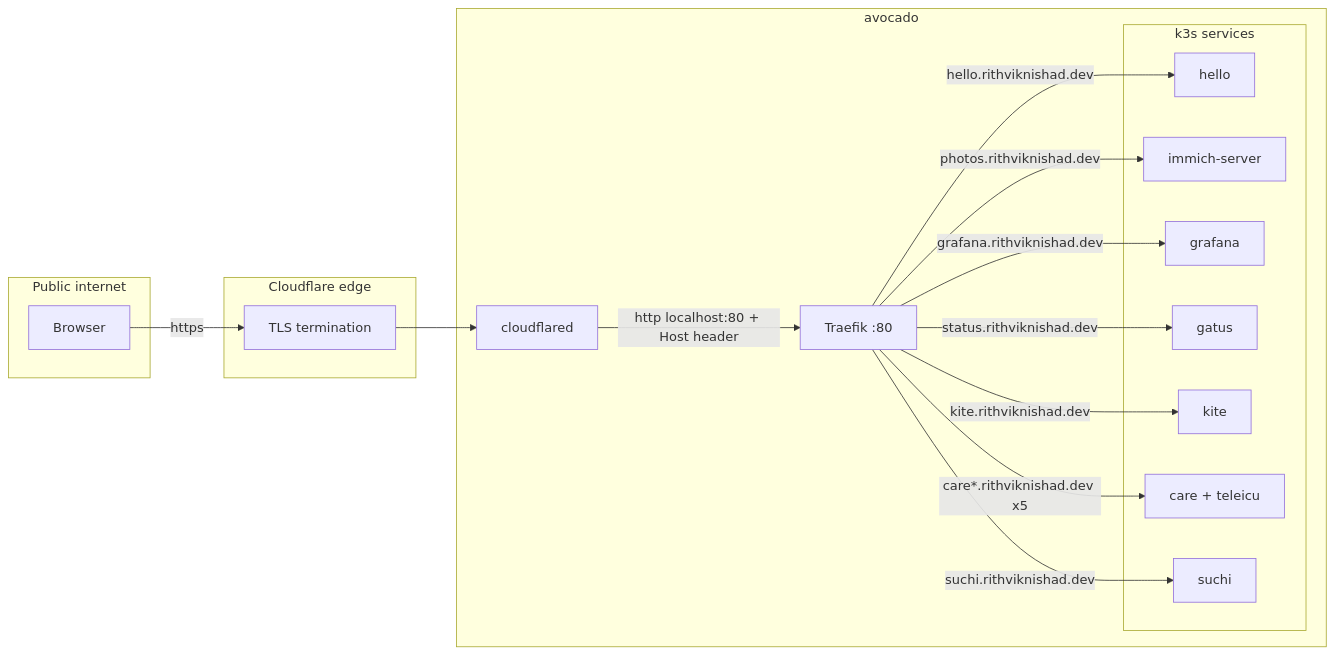
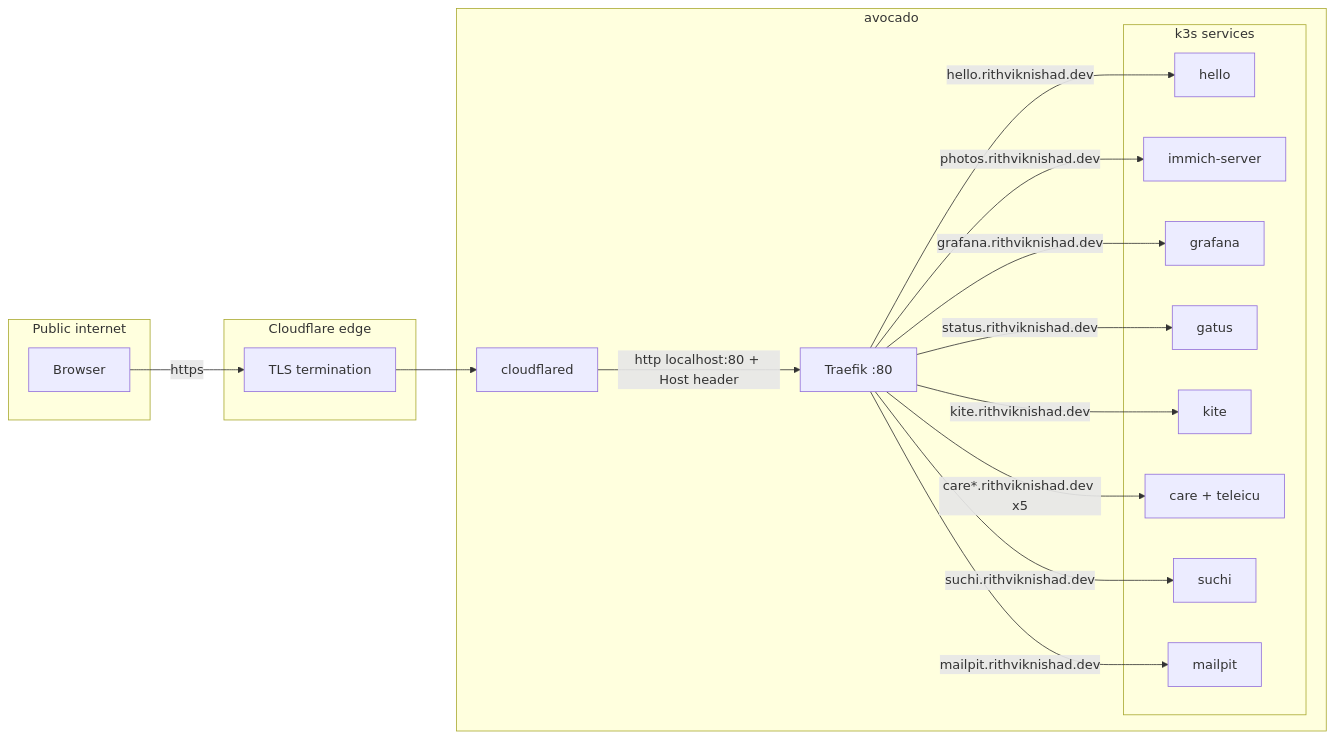
Before and after one commit to rithviknishad/systems.nix: the diagram in docs/networking.md, drawn with Mermaid. The commit also changed other lines of this file and 12 other files, not shown here.

````diff
--- a/docs/networking.md
+++ b/docs/networking.md
@@ -95,32 +103,34 @@
 ```mermaid
 flowchart LR
     subgraph internet[Public internet]
         user[Browser]
     end
     subgraph cf[Cloudflare edge]
         tls[TLS termination]
     end
     subgraph box[avocado]
         cd[cloudflared]
         traefik[Traefik :80]
         subgraph k8s[k3s services]
             hello[hello]
             immich[immich-server]
             grafana[grafana]
             gatus[gatus]
             kite[kite]
             care[care + teleicu]
             suchi[suchi]
+            mailpit[mailpit]
         end
     end
 
     user -->|https| tls --> cd
     cd -->|http localhost:80 + Host header| traefik
     traefik -->|hello.rithviknishad.dev| hello
     traefik -->|photos.rithviknishad.dev| immich
     traefik -->|grafana.rithviknishad.dev| grafana
     traefik -->|status.rithviknishad.dev| gatus
     traefik -->|kite.rithviknishad.dev| kite
     traefik -->|care*.rithviknishad.dev x5| care
     traefik -->|suchi.rithviknishad.dev| suchi
+    traefik -->|mailpit.rithviknishad.dev| mailpit
 ```
````
